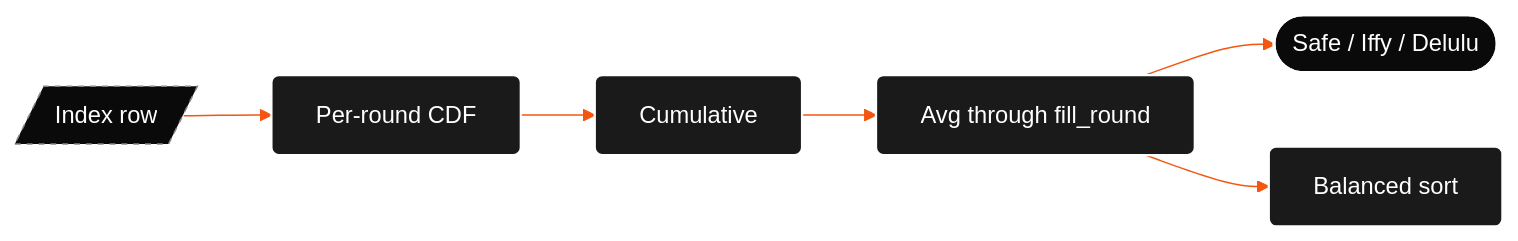
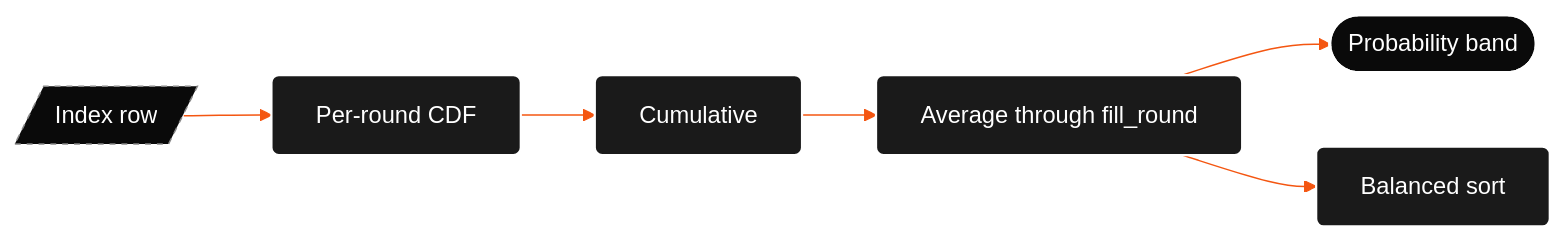
The diagram in ejam/docs/college-predictor/nerd-stuff/prediction-engine.md (kewonit/deetnuts), drawn with Mermaid before and after one commit. The commit also changed other lines of this file and 22 other files, not shown here.

````diff
--- a/ejam/docs/college-predictor/nerd-stuff/prediction-engine.md
+++ b/ejam/docs/college-predictor/nerd-stuff/prediction-engine.md
@@ -7,13 +7,13 @@
 ```mermaid
 %%{init: {'theme': 'base', 'themeVariables': { 'primaryColor': '#0A0A0A', 'primaryTextColor': '#FFFFFF', 'primaryBorderColor': '#FFFFFF', 'lineColor': '#F45611', 'nodeBorder': '#FFFFFF', 'mainBkg': '#0A0A0A', 'edgeLabelBackground': 'transparent', 'clusterBkg': 'transparent', 'clusterBorder': 'transparent'}}}%%
 flowchart LR
     classDef data fill:#0A0A0A,stroke:#888,stroke-width:1px,stroke-dasharray: 4 4,color:#FFF,rx:5px,ry:5px;
     classDef engine fill:#1A1A1A,stroke:#FFF,stroke-width:1.5px,color:#FFF,rx:5px,ry:5px;
     classDef out fill:#0A0A0A,stroke:#FFF,stroke-width:2px,color:#FFF,rx:15px,ry:15px;
 
     Row[/Index row/]:::data --> CDF[Per-round CDF]:::engine
     CDF --> Cum[Cumulative]:::engine
-    Cum --> Avg[Avg through fill_round]:::engine
-    Avg --> Band([Safe / Iffy / Delulu]):::out
+    Cum --> Avg[Average through fill_round]:::engine
+    Avg --> Band([Probability band]):::out
     Avg --> Sort[Balanced sort]:::engine
 ```
````
